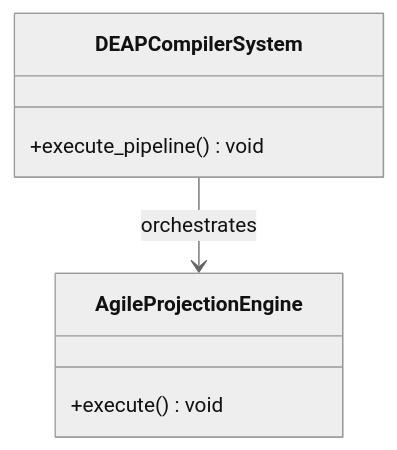
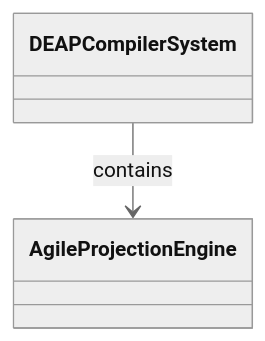
Before and after one commit to gintatkinson/dumpiler-01: the first of 2 diagrams in docs/epics/EPIC-11-Subsystem_9_Downstream_Specification_Projections.md, drawn with Mermaid (neutral theme). The commit also changed other lines of this file and 101 other files, not shown here.

````diff
--- a/docs/epics/EPIC-11-Subsystem_9_Downstream_Specification_Projections.md
+++ b/docs/epics/EPIC-11-Subsystem_9_Downstream_Specification_Projections.md
@@ -51,10 +66,6 @@
 ```mermaid
 classDiagram
-    class DEAPCompilerSystem {
-        +execute_pipeline() void
-    }
-    class AgileProjectionEngine {
-        +execute() void
-    }
-    DEAPCompilerSystem --> AgileProjectionEngine : orchestrates
+    class DEAPCompilerSystem
+    class AgileProjectionEngine
+    DEAPCompilerSystem --> AgileProjectionEngine : contains
 ```
````
